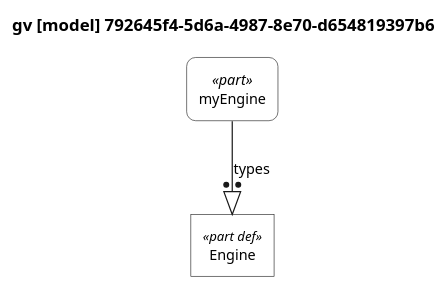
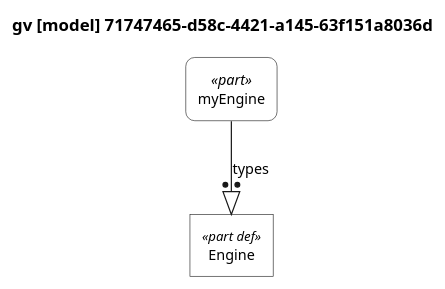
One commit to mycr0ft/sysml2py changed the diagram in docs/plantuml-examples/01-usage-vs-definition.puml. Above: the diagram before and after it, drawn with PlantUML. The commit also changed 27 other files, not shown here.

```diff
--- a/docs/plantuml-examples/01-usage-vs-definition.puml
+++ b/docs/plantuml-examples/01-usage-vs-definition.puml
@@ -1,112 +1,112 @@
 @startuml
 
 skinparam monochrome true
 skinparam wrapWidth 300
 skinparam defaultFontSize 12
 skinparam defaultFontName Helvetica
 
 ' Definitions: sharp corners, plain background
 skinparam rectangle<<part def>> {
     RoundCorner 0
     BackgroundColor white
     StereotypeFontSize 11
 }
 skinparam rectangle<<item def>> {
     RoundCorner 0
     BackgroundColor white
 }
 skinparam rectangle<<attribute def>> {
     RoundCorner 0
     BackgroundColor white
 }
 skinparam rectangle<<port def>> {
     RoundCorner 0
     BackgroundColor white
 }
 skinparam rectangle<<action def>> {
     RoundCorner 0
     BackgroundColor white
 }
 skinparam rectangle<<state def>> {
     RoundCorner 0
     BackgroundColor white
 }
 skinparam rectangle<<requirement def>> {
     RoundCorner 0
     BackgroundColor white
 }
 skinparam rectangle<<view def>> {
     RoundCorner 0
     BackgroundColor white
 }
 skinparam rectangle<<viewpoint def>> {
     RoundCorner 0
     BackgroundColor white
 }
 skinparam rectangle<<enumeration def>> {
     RoundCorner 0
     BackgroundColor white
 }
 
 ' Usages: rounded corners, plain background
 skinparam rectangle<<part>> {
     RoundCorner 15
     BackgroundColor white
 }
 skinparam rectangle<<item>> {
     RoundCorner 15
     BackgroundColor white
 }
 skinparam rectangle<<attribute>> {
     RoundCorner 15
     BackgroundColor white
 }
 skinparam rectangle<<port>> {
     RoundCorner 15
     BackgroundColor white
 }
 skinparam rectangle<<action>> {
     RoundCorner 15
     BackgroundColor white
 }
 skinparam rectangle<<state>> {
     RoundCorner 15
     BackgroundColor white
 }
 skinparam rectangle<<requirement>> {
     RoundCorner 15
     BackgroundColor white
 }
 skinparam rectangle<<view>> {
     RoundCorner 15
     BackgroundColor white
 }
 skinparam rectangle<<viewpoint>> {
     RoundCorner 15
     BackgroundColor white
 }
 skinparam rectangle<<enumeration>> {
     RoundCorner 15
     BackgroundColor white
 }
 
 ' Views as folders
 skinparam folder<<view def>> {
     BackgroundColor white
 }
 skinparam folder<<view>> {
     BackgroundColor white
 }
 
 top to bottom direction
 
-title gv [model] 792645f4-5d6a-4987-8e70-d654819397b6
+title gv [model] 71747465-d58c-4421-a145-63f151a8036d
 
 hide circle
 
 rectangle "Engine" as E1 <<part def>>
 rectangle "myEngine" as E2 <<part>>
 
 E2 --:|> E1 : types
 
 @enduml
```
